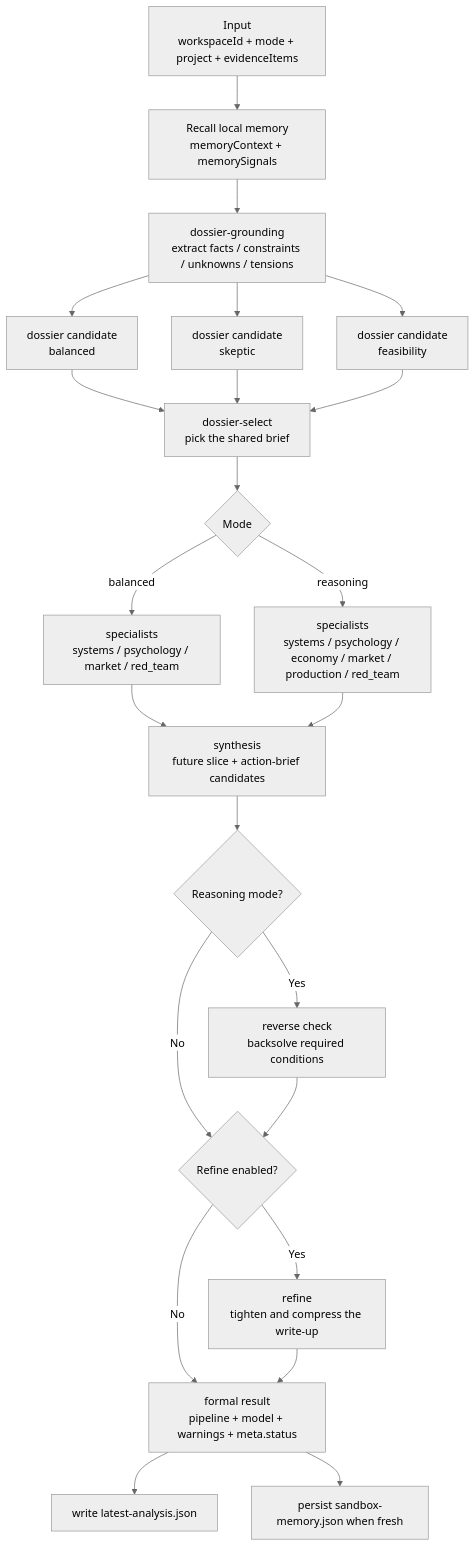
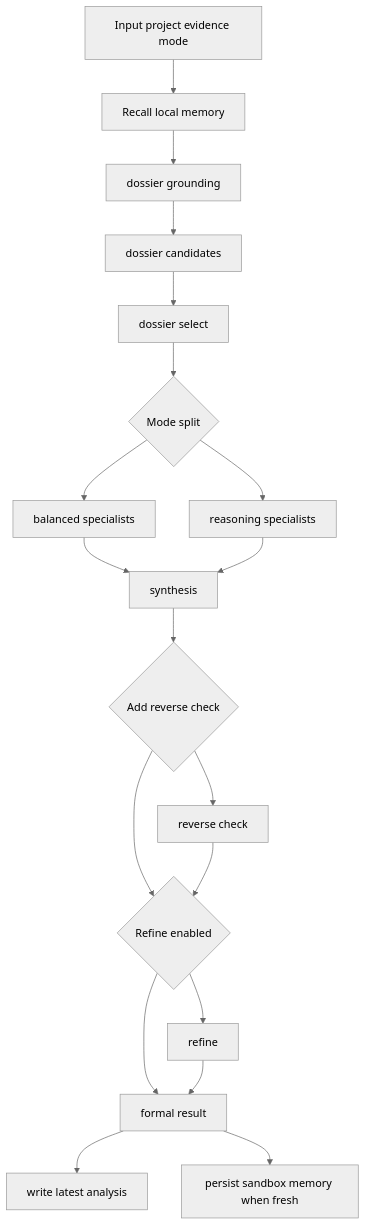
The diagram in README.en.md (Ningsui0714/DeltaArc), drawn with Mermaid (neutral theme) before and after one commit. The commit also changed other lines of this file and 5 other files, not shown here.

Commit message:
Add README screenshots and fix Mermaid rendering

````diff
--- a/README.en.md
+++ b/README.en.md
@@ -235,23 +262,34 @@
 ```mermaid
 flowchart TD
-    A["Input<br/>workspaceId + mode + project + evidenceItems"] --> B["Recall local memory<br/>memoryContext + memorySignals"]
-    B --> C["dossier-grounding<br/>extract facts / constraints / unknowns / tensions"]
-    C --> D1["dossier candidate<br/>balanced"]
-    C --> D2["dossier candidate<br/>skeptic"]
-    C --> D3["dossier candidate<br/>feasibility"]
-    D1 --> E["dossier-select<br/>pick the shared brief"]
-    D2 --> E
-    D3 --> E
-    E --> F{"Mode"}
-    F -->|"balanced"| G["specialists<br/>systems / psychology / market / red_team"]
-    F -->|"reasoning"| H["specialists<br/>systems / psychology / economy / market / production / red_team"]
-    G --> I["synthesis<br/>future slice + action-brief candidates"]
+    A[Input project evidence mode]
+    B[Recall local memory]
+    C[dossier grounding]
+    D[dossier candidates]
+    E[dossier select]
+    F{Mode split}
+    G[balanced specialists]
+    H[reasoning specialists]
+    I[synthesis]
+    J{Add reverse check}
+    K{Refine enabled}
+    L[reverse check]
+    M[formal result]
+    N[refine]
+    O[write latest analysis]
+    P[persist sandbox memory when fresh]
+
+    A --> B --> C --> D --> E --> F
+    F --> G
+    F --> H
+    G --> I
     H --> I
-    I --> J{"Reasoning mode?"}
-    J -->|"No"| K{"Refine enabled?"}
-    J -->|"Yes"| L["reverse check<br/>backsolve required conditions"] --> K
-    K -->|"No"| M["formal result<br/>pipeline + model + warnings + meta.status"]
-    K -->|"Yes"| N["refine<br/>tighten and compress the write-up"] --> M
-    M --> O["write latest-analysis.json"]
-    M --> P["persist sandbox-memory.json when fresh"]
+    I --> J
+    J --> K
+    J --> L
+    L --> K
+    K --> M
+    K --> N
+    N --> M
+    M --> O
+    M --> P
 ```
````
